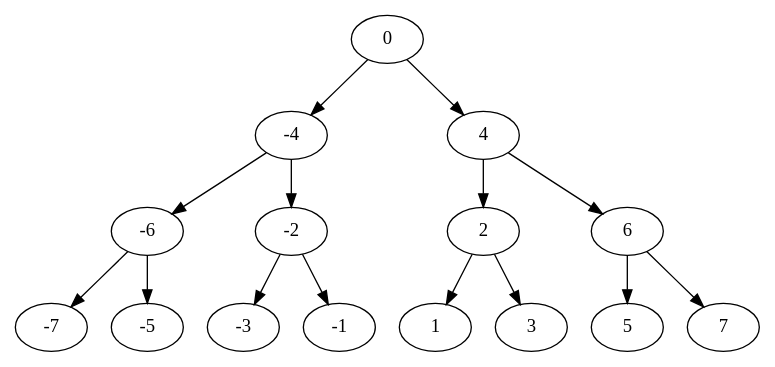
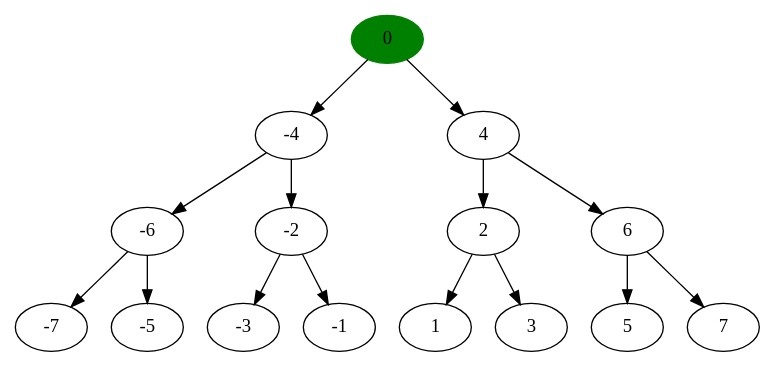
Before and after one commit to Les-Alchimistes-Labs/AlgorithmVisualizer: the diagram in algorithm_visualizer/src/save/dot/tree.dot, drawn with Graphviz. The commit also changed 18 other files, not shown here.

```diff
--- a/algorithm_visualizer/src/save/dot/tree.dot
+++ b/algorithm_visualizer/src/save/dot/tree.dot
@@ -1,32 +1,32 @@
 digraph tree {
 //0 -4 -6 -7 -5 -2 -3 -1 4 2 1 3 6 5 7 
-n0 [label="0"]
+n0 [label="0", style = filled , color = green]
 n_4 [label="-4"]
 n_6 [label="-6"]
 n_7 [label="-7"]
 n_5 [label="-5"]
 n_2 [label="-2"]
 n_3 [label="-3"]
 n_1 [label="-1"]
 n4 [label="4"]
 n2 [label="2"]
 n1 [label="1"]
 n3 [label="3"]
 n6 [label="6"]
 n5 [label="5"]
 n7 [label="7"]
 n0->n_4
 n0->n4
 n_4->n_6
 n_4->n_2
 n4->n2
 n4->n6
 n_6->n_7
 n_6->n_5
 n_2->n_3
 n_2->n_1
 n2->n1
 n2->n3
 n6->n5
 n6->n7
 }
```
